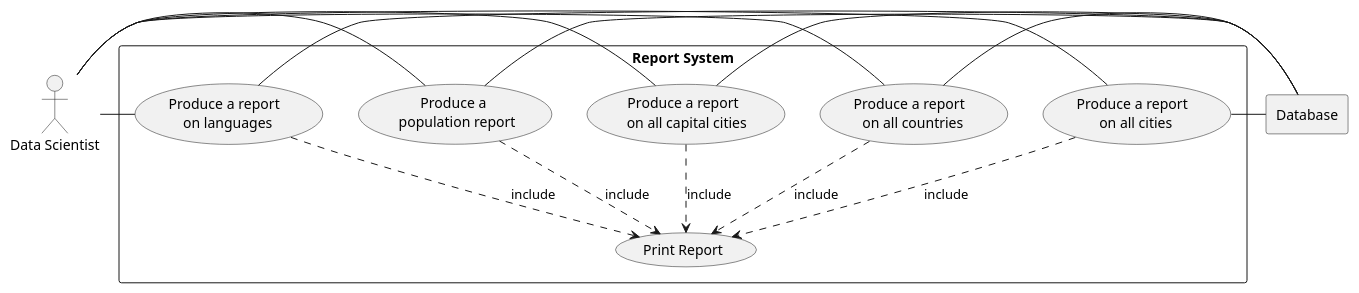
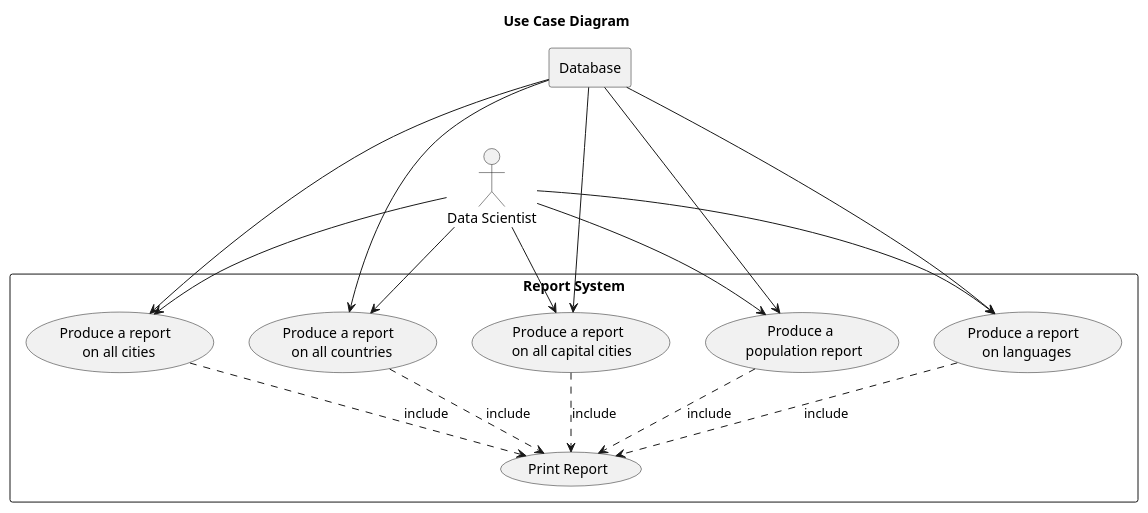
The diagram in use-cases/Population Report System.puml (BenniN/CourseworkSEM), drawn with PlantUML before and after one commit. The commit also changed 5 other files, not shown here.

```diff
--- a/use-cases/Population Report System.puml
+++ b/use-cases/Population Report System.puml
@@ -1,37 +1,40 @@
 @startuml
+
+title **Use Case Diagram**
 
 actor DS as "Data Scientist"
 
 rectangle DB as "Database"
 
 rectangle "Report System" {
 
     usecase UC1 as "Produce a report \n on all cities"
     usecase UC2 as "Produce a report \n on all countries"
     usecase UC3 as "Produce a report \n on all capital cities"
     usecase UC4 as "Produce a \n population report"
     usecase UC5 as "Produce a report \n on languages"
 
     usecase UC_print as "Print Report"
 
-    DS - UC1
-    DS - UC2
-    DS - UC3
-    DS - UC4
-    DS - UC5
+    DS --> UC1
+    DS --> UC2
+    DS --> UC3
+    DS --> UC4
+    DS --> UC5
 
-    UC1 - DB
-    UC2 - DB
-    UC3 - DB
-    UC4 - DB
-    UC5 - DB
+    DB ---> UC1
+    DB ---> UC2
+    DB ---> UC3
+    DB ---> UC4
+    DB ---> UC5
+
 
     UC1 ..> UC_print : include
     UC2 ..> UC_print : include
     UC3 ..> UC_print : include
     UC4 ..> UC_print : include
     UC5 ..> UC_print : include
 
 }
 
 @enduml
```
